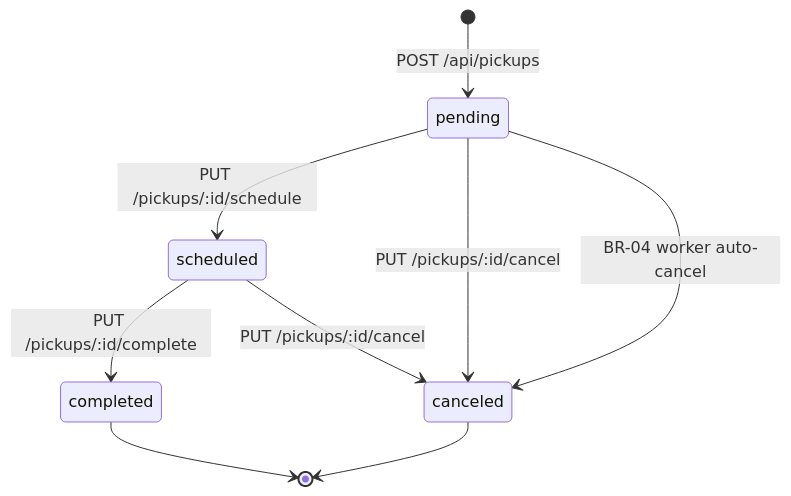
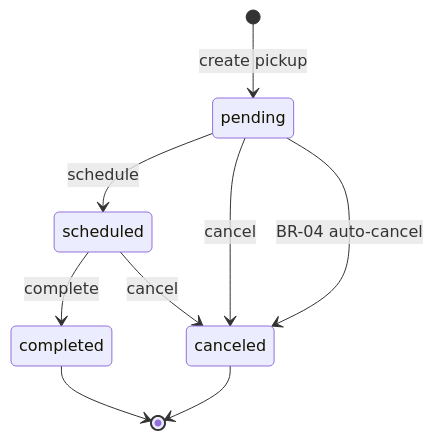
One commit to fairyhunter13/community-waste-collection-system changed the first of 6 diagrams in docs/business-processes.md. Above: the diagram before and after it, drawn with Mermaid. The commit also changed other lines of this file, not shown here.

Commit message:
fix(docs): remove /:id/ paths from stateDiagram-v2 transition labels
GitHub's mermaid parser treats the colon in /:id/ as a second label
separator, producing a parse error on every stateDiagram-v2 state
transition that contained a parameterised URL path.

Replace URL-path labels with plain English verbs (create pickup,
schedule, cancel, complete, confirm with proof) which carry the same
meaning without special characters. The surrounding prose already
cross-references the HTTP endpoints.

````diff
--- a/docs/business-processes.md
+++ b/docs/business-processes.md
@@ -13,11 +13,11 @@
 ```mermaid
 stateDiagram-v2
-    [*] --> pending : POST /api/pickups
-    pending --> scheduled : PUT /pickups/:id/schedule
-    pending --> canceled : PUT /pickups/:id/cancel
-    pending --> canceled : BR-04 worker auto-cancel
-    scheduled --> completed : PUT /pickups/:id/complete
-    scheduled --> canceled : PUT /pickups/:id/cancel
+    [*] --> pending : create pickup
+    pending --> scheduled : schedule
+    pending --> canceled : cancel
+    pending --> canceled : BR-04 auto-cancel
+    scheduled --> completed : complete
+    scheduled --> canceled : cancel
     completed --> [*]
     canceled --> [*]
 ```
````
